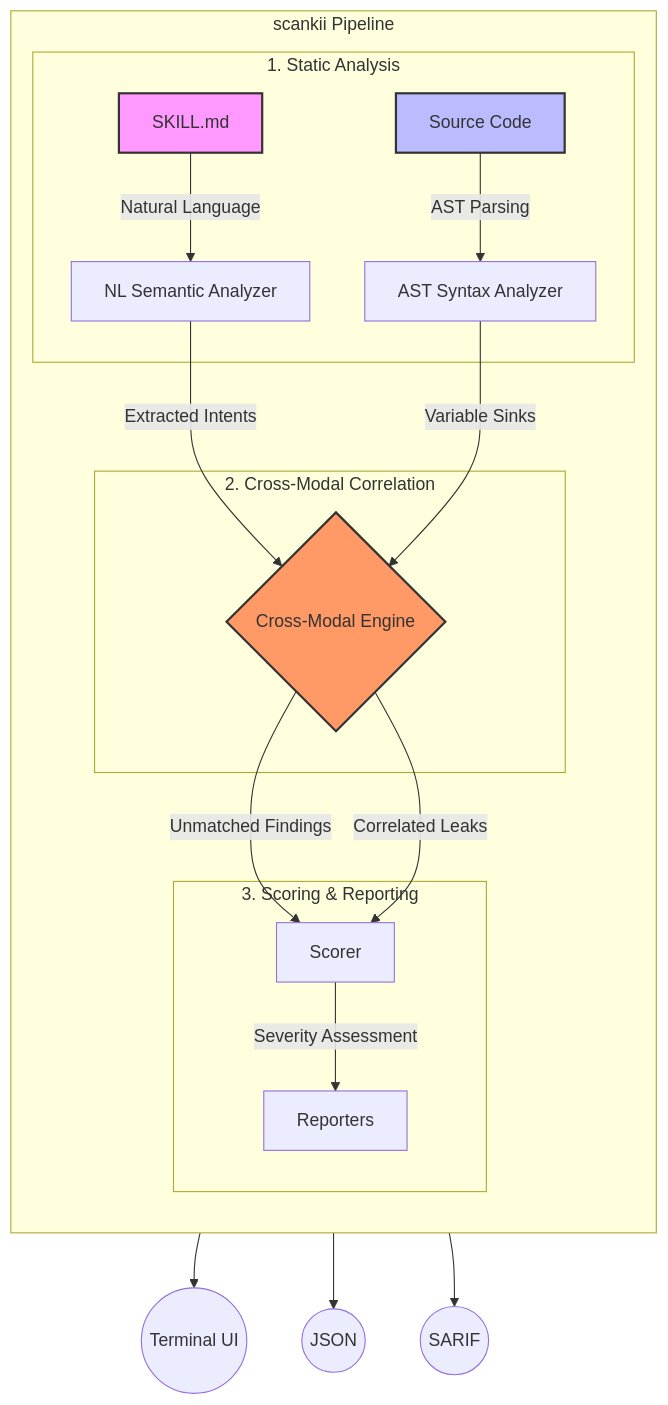
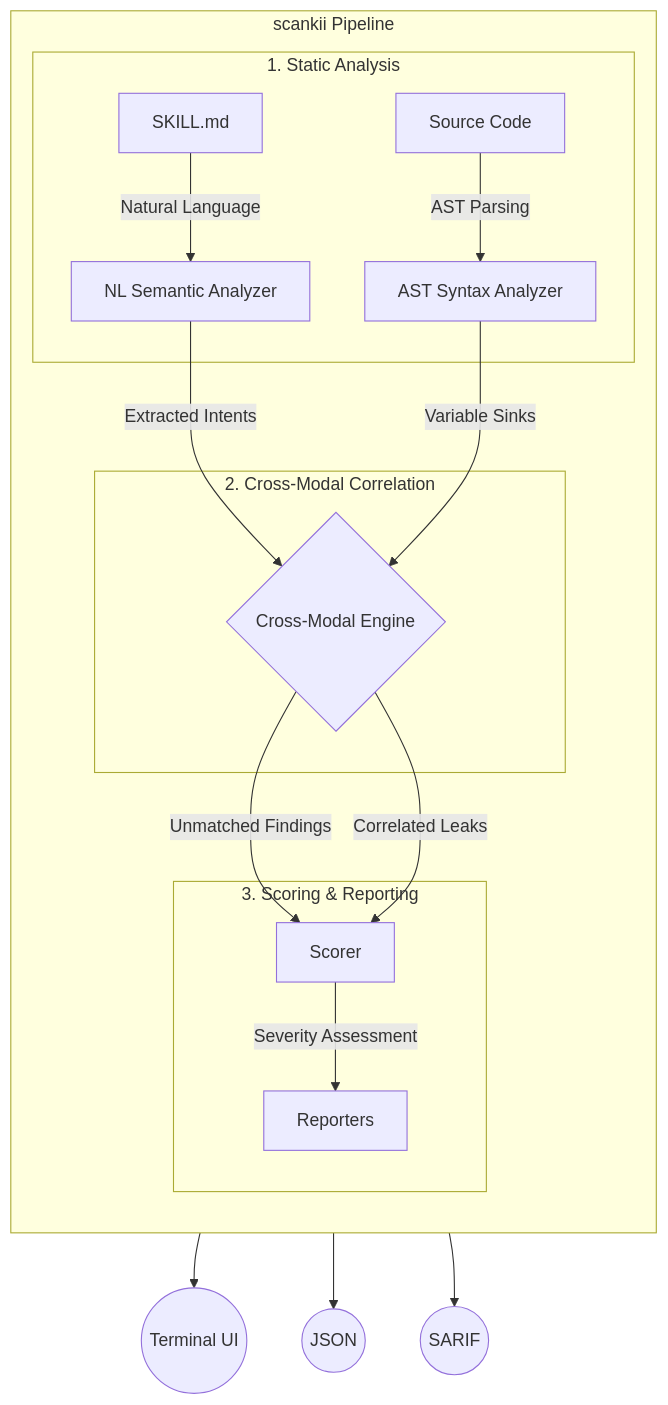
One commit to ashp15205/scankii changed the diagram in README.md. Above: the diagram before and after it, drawn with Mermaid.

Commit message:
docs: remove vibrant colours from mermaid diagram

````diff
--- a/README.md
+++ b/README.md
@@ -67,30 +67,26 @@
 ```mermaid
 graph TD
     subgraph "scankii Pipeline"
         direction TB
         
         subgraph "1. Static Analysis"
             A[SKILL.md] -->|Natural Language| B[NL Semantic Analyzer]
             C[Source Code] -->|AST Parsing| D[AST Syntax Analyzer]
         end
         
         subgraph "2. Cross-Modal Correlation"
             B -->|Extracted Intents| E{Cross-Modal Engine}
             D -->|Variable Sinks| E
         end
         
         subgraph "3. Scoring & Reporting"
             E -->|Unmatched Findings| F[Scorer]
             E -->|Correlated Leaks| F
             F -->|Severity Assessment| G[Reporters]
         end
     end
     
     G --> H((Terminal UI))
     G --> I((JSON))
     G --> J((SARIF))
-    
-    style A fill:#f9f,stroke:#333,stroke-width:2px
-    style C fill:#bbf,stroke:#333,stroke-width:2px
-    style E fill:#f96,stroke:#333,stroke-width:2px
 ```
````
